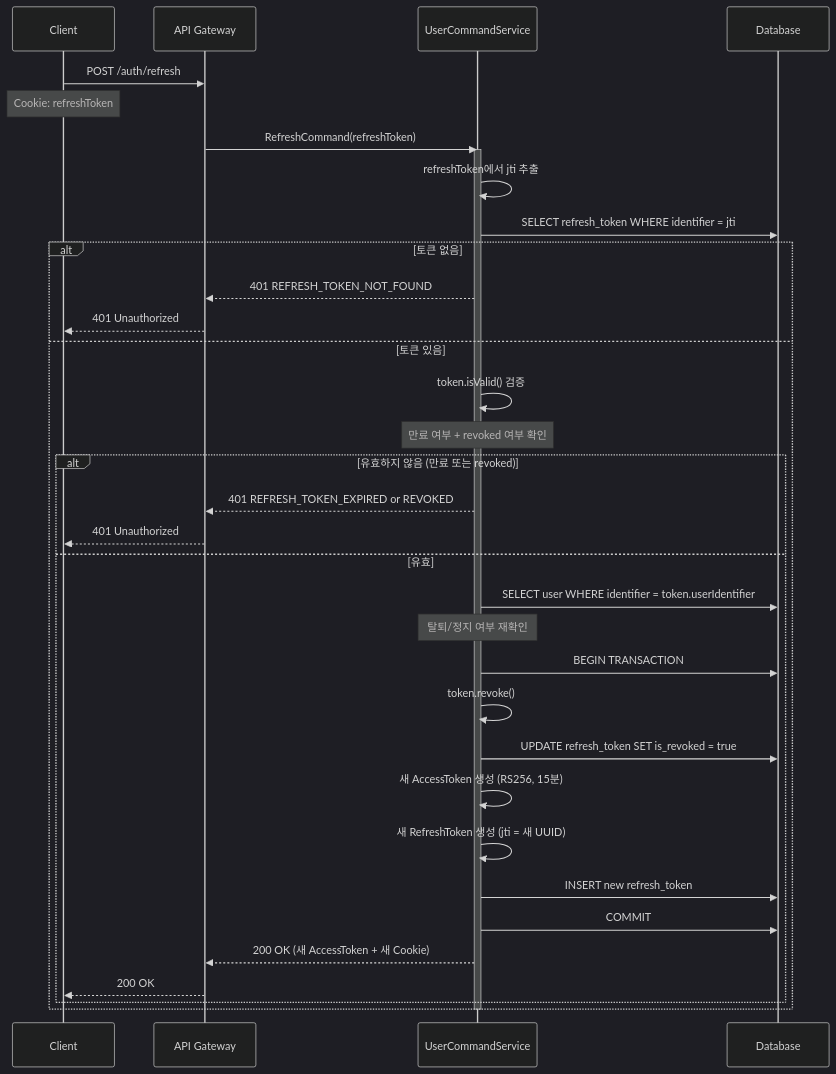
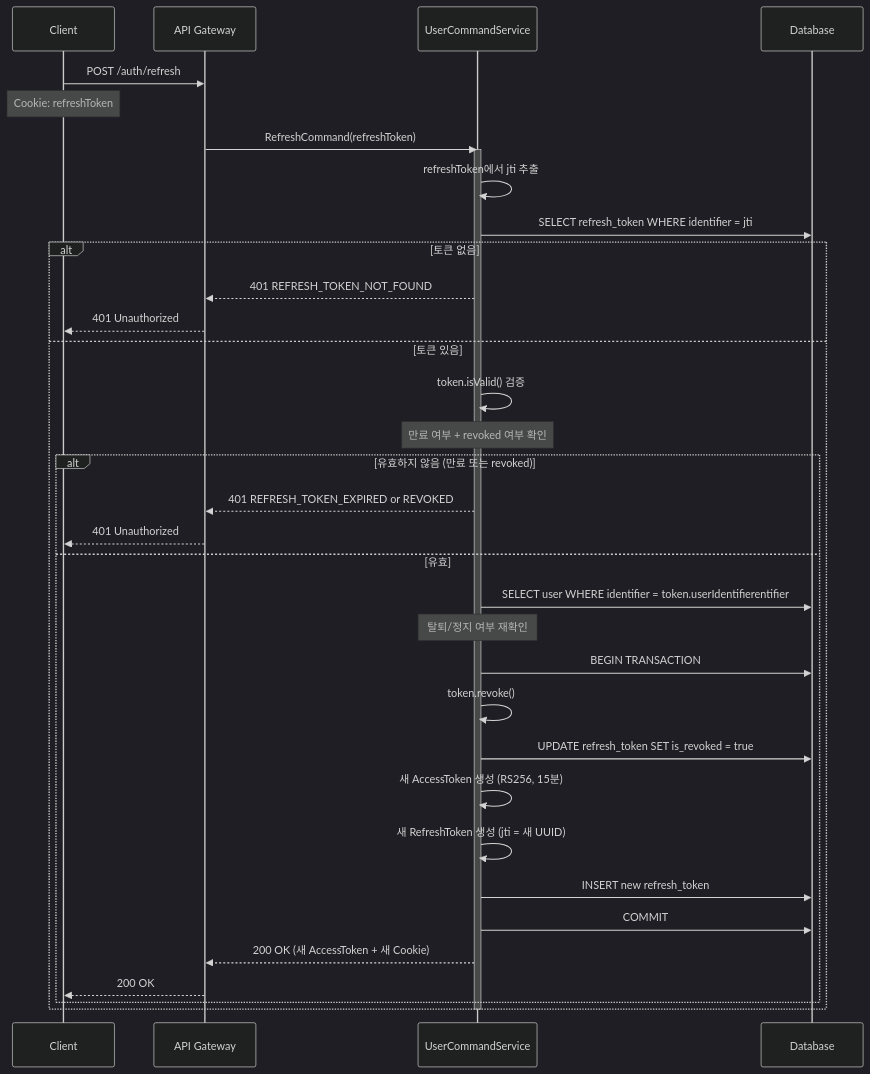
The third of 9 diagrams in backend/user/sequence-diagram.md (Trade-Pilot/.github), drawn with Mermaid (dark theme) before and after one commit. The commit also changed other lines of this file and 17 other files, not shown here.

````diff
--- a/backend/user/sequence-diagram.md
+++ b/backend/user/sequence-diagram.md
@@ -98,45 +98,45 @@
 ```mermaid
 sequenceDiagram
     participant Client
     participant GW as API Gateway
     participant US as UserCommandService
     participant DB as Database
 
     Client->>GW: POST /auth/refresh
     Note over Client: Cookie: refreshToken
 
     GW->>US: RefreshCommand(refreshToken)
 
     activate US
     US->>US: refreshToken에서 jti 추출
 
     US->>DB: SELECT refresh_token WHERE identifier = jti
     alt 토큰 없음
         US-->>GW: 401 REFRESH_TOKEN_NOT_FOUND
         GW-->>Client: 401 Unauthorized
     else 토큰 있음
         US->>US: token.isValid() 검증
         Note over US: 만료 여부 + revoked 여부 확인
 
         alt 유효하지 않음 (만료 또는 revoked)
             US-->>GW: 401 REFRESH_TOKEN_EXPIRED or REVOKED
             GW-->>Client: 401 Unauthorized
         else 유효
-            US->>DB: SELECT user WHERE identifier = token.userIdentifier
+            US->>DB: SELECT user WHERE identifier = token.userIdentifierentifier
             Note over US: 탈퇴/정지 여부 재확인
 
             US->>DB: BEGIN TRANSACTION
             US->>US: token.revoke()
             US->>DB: UPDATE refresh_token SET is_revoked = true
 
             US->>US: 새 AccessToken 생성 (RS256, 15분)
             US->>US: 새 RefreshToken 생성 (jti = 새 UUID)
             US->>DB: INSERT new refresh_token
             US->>DB: COMMIT
 
             US-->>GW: 200 OK (새 AccessToken + 새 Cookie)
             GW-->>Client: 200 OK
         end
     end
     deactivate US
 ```
````
